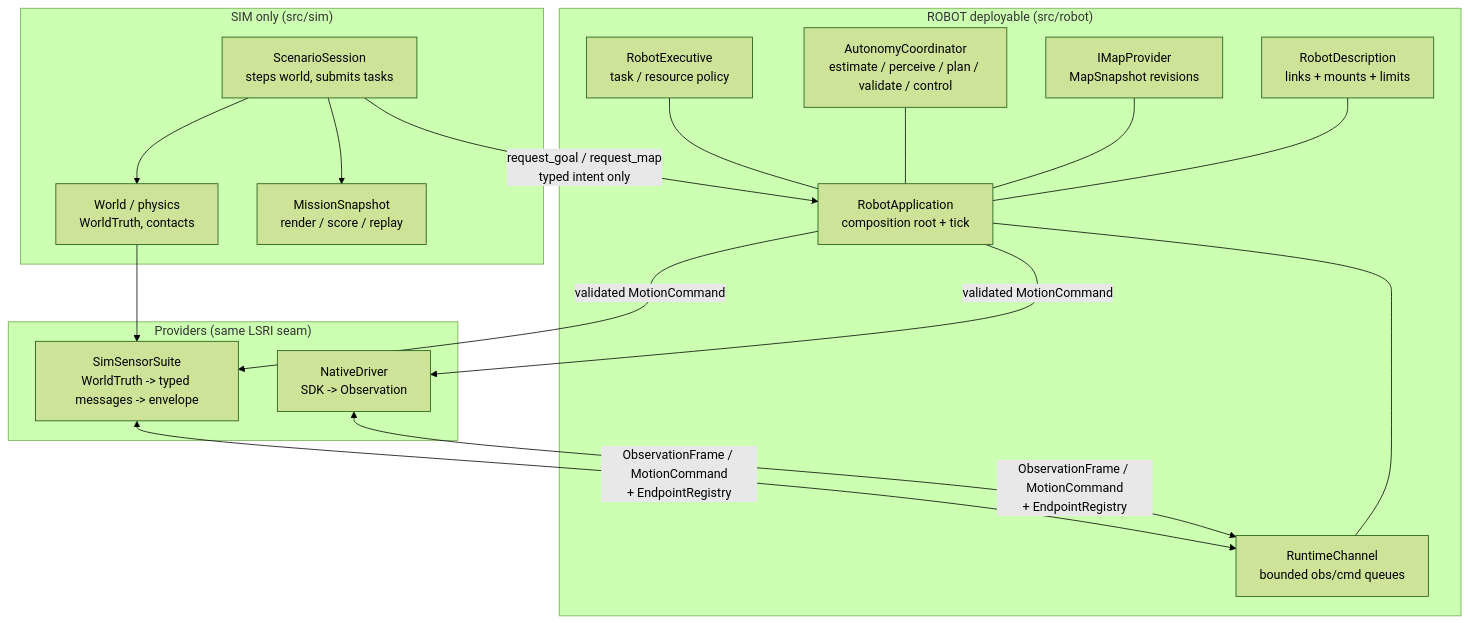
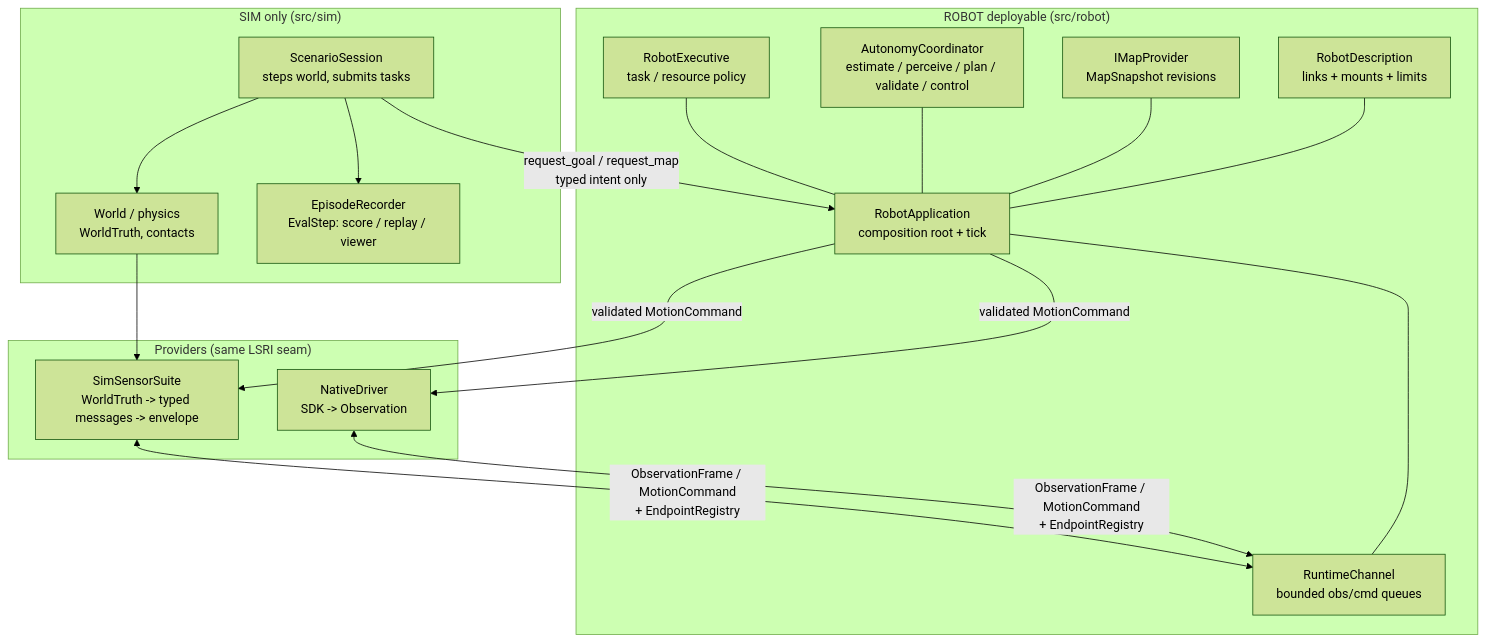
The diagram in docs/architecture.md (Robin-1978/lost-signal), drawn with Mermaid (forest theme) before and after one commit. The commit also changed other lines of this file and 9 other files, not shown here.

````diff
--- a/docs/architecture.md
+++ b/docs/architecture.md
@@ -8,36 +8,36 @@
 ```mermaid
 flowchart TB
   subgraph ROBOT["ROBOT deployable (src/robot)"]
     Exec["RobotExecutive<br/>task / resource policy"]
     Coord["AutonomyCoordinator<br/>estimate / perceive / plan / validate / control"]
     Maps["IMapProvider<br/>MapSnapshot revisions"]
     Desc["RobotDescription<br/>links + mounts + limits"]
     Chan["RuntimeChannel<br/>bounded obs/cmd queues"]
     App["RobotApplication<br/>composition root + tick"]
     Exec --- App
     Coord --- App
     Maps --- App
     Desc --- App
     Chan --- App
   end
 
   subgraph PROV["Providers (same LSRI seam)"]
     SimProv["SimSensorSuite<br/>WorldTruth -> typed messages -> envelope"]
     RealProv["NativeDriver<br/>SDK -> Observation"]
   end
 
   subgraph SIM["SIM only (src/sim)"]
     World["World / physics<br/>WorldTruth, contacts"]
     Sess["ScenarioSession<br/>steps world, submits tasks"]
-    Snap["MissionSnapshot<br/>render / score / replay"]
+    Snap["EpisodeRecorder<br/>EvalStep: score / replay / viewer"]
   end
 
   World --> SimProv
   SimProv <-->|"ObservationFrame / MotionCommand<br/>+ EndpointRegistry"| Chan
   RealProv <-->|"ObservationFrame / MotionCommand<br/>+ EndpointRegistry"| Chan
   Sess -->|"request_goal / request_map<br/>typed intent only"| App
   Sess --> World
   Sess --> Snap
   App -->|"validated MotionCommand"| SimProv
   App -->|"validated MotionCommand"| RealProv
 ```
````
